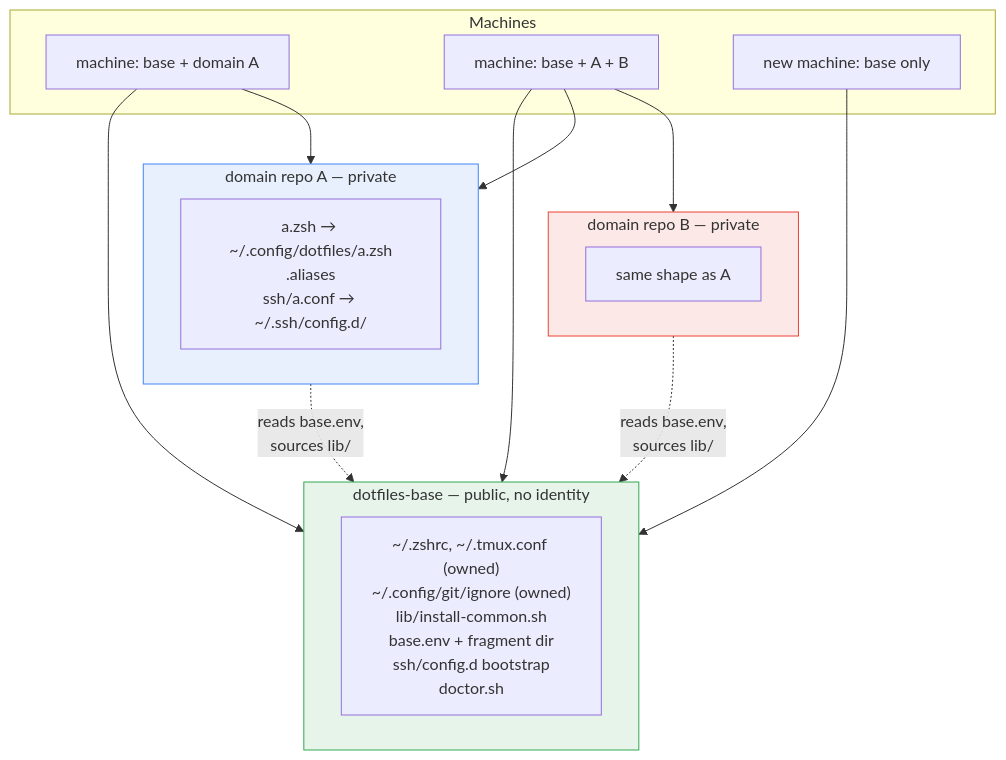
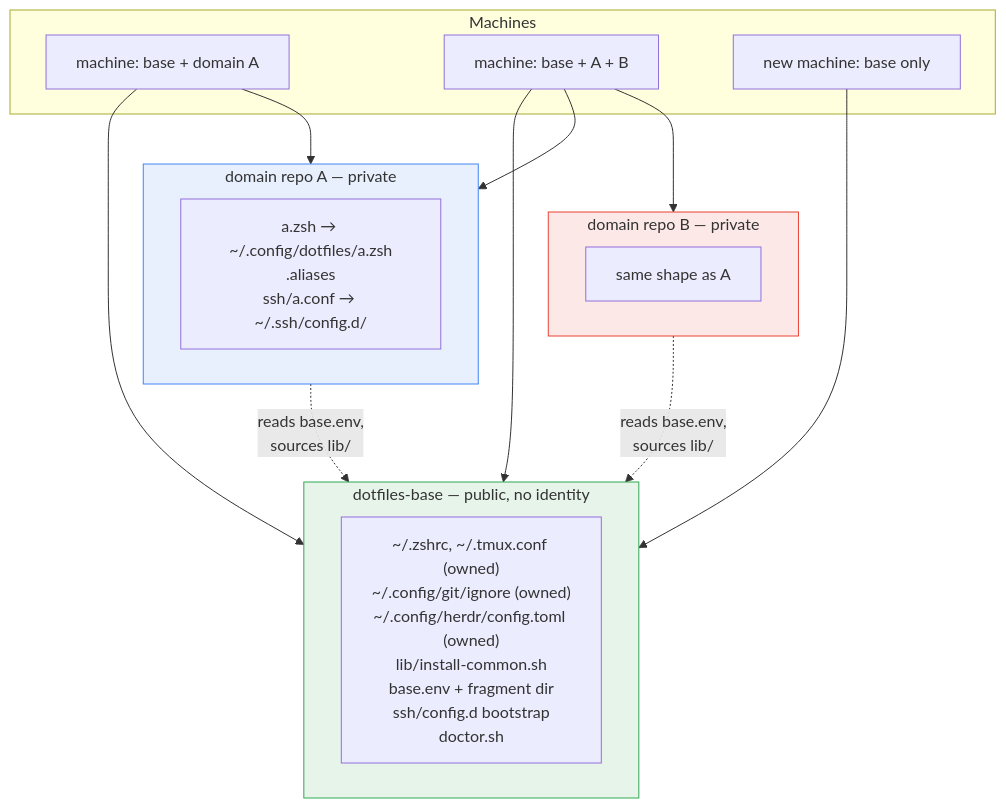
Before and after one commit to sebaLinares/dotfiles-base: the diagram in docs/architecture.md, drawn with Mermaid. The commit also changed other lines of this file and 5 other files, not shown here.

Commit message:
feat: add herdr config

````diff
--- a/docs/architecture.md
+++ b/docs/architecture.md
@@ -65,34 +66,34 @@
 ```mermaid
 flowchart TB
     subgraph MACHINES["Machines"]
         M1["machine: base + domain A"]
         M2["machine: base + A + B"]
         M3["new machine: base only"]
     end
 
     subgraph BASE["dotfiles-base — public, no identity"]
-        B["~/.zshrc, ~/.tmux.conf (owned)<br/>~/.config/git/ignore (owned)<br/>lib/install-common.sh<br/>base.env + fragment dir<br/>ssh/config.d bootstrap<br/>doctor.sh"]
+        B["~/.zshrc, ~/.tmux.conf (owned)<br/>~/.config/git/ignore (owned)<br/>~/.config/herdr/config.toml (owned)<br/>lib/install-common.sh<br/>base.env + fragment dir<br/>ssh/config.d bootstrap<br/>doctor.sh"]
     end
 
     subgraph DA["domain repo A — private"]
         A["a.zsh → ~/.config/dotfiles/a.zsh<br/>.aliases<br/>ssh/a.conf → ~/.ssh/config.d/"]
     end
 
     subgraph DB["domain repo B — private"]
         BB["same shape as A"]
     end
 
     M1 --> BASE
     M1 --> DA
     M2 --> BASE
     M2 --> DA
     M2 --> DB
     M3 --> BASE
 
     DA -. "reads base.env,<br/>sources lib/" .-> BASE
     DB -. "reads base.env,<br/>sources lib/" .-> BASE
 
     style BASE fill:#e6f4ea,stroke:#34a853
     style DA fill:#e8f0fe,stroke:#4285f4
     style DB fill:#fce8e6,stroke:#ea4335
 ```
````
